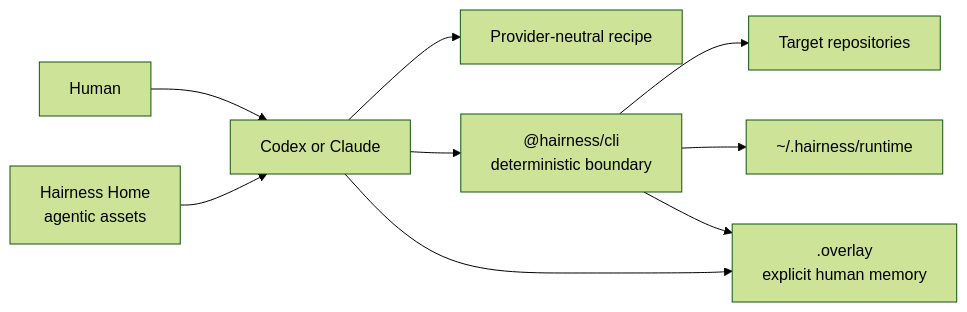
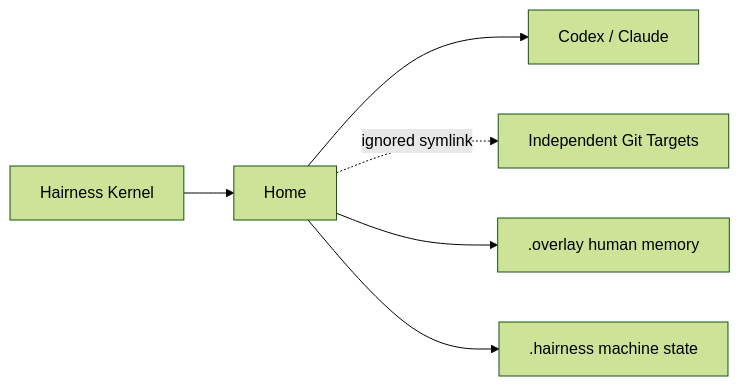
Before and after one commit to thevzion/hairness: the diagram in docs/architecture.md, drawn with Mermaid (forest theme). The commit also changed other lines of this file and 111 other files, not shown here.

Commit message:
feat: reset hairness as agent workspace kernel

````diff
--- a/docs/architecture.md
+++ b/docs/architecture.md
@@ -7,11 +3,8 @@
 ```mermaid
 flowchart LR
-  human["Human"] --> provider["Codex or Claude"]
-  home["Hairness Home\nagentic assets"] --> provider
-  provider --> recipe["Provider-neutral recipe"]
-  provider --> cli["@hairness/cli\ndeterministic boundary"]
-  cli --> target["Target repositories"]
-  cli --> runtime["~/.hairness/runtime"]
-  provider --> overlay[".overlay\nexplicit human memory"]
-  cli --> overlay
+  K["Hairness Kernel"] --> H["Home"]
+  H --> P["Codex / Claude"]
+  H -. ignored symlink .-> T["Independent Git Targets"]
+  H --> O[".overlay human memory"]
+  H --> R[".hairness machine state"]
 ```
````
